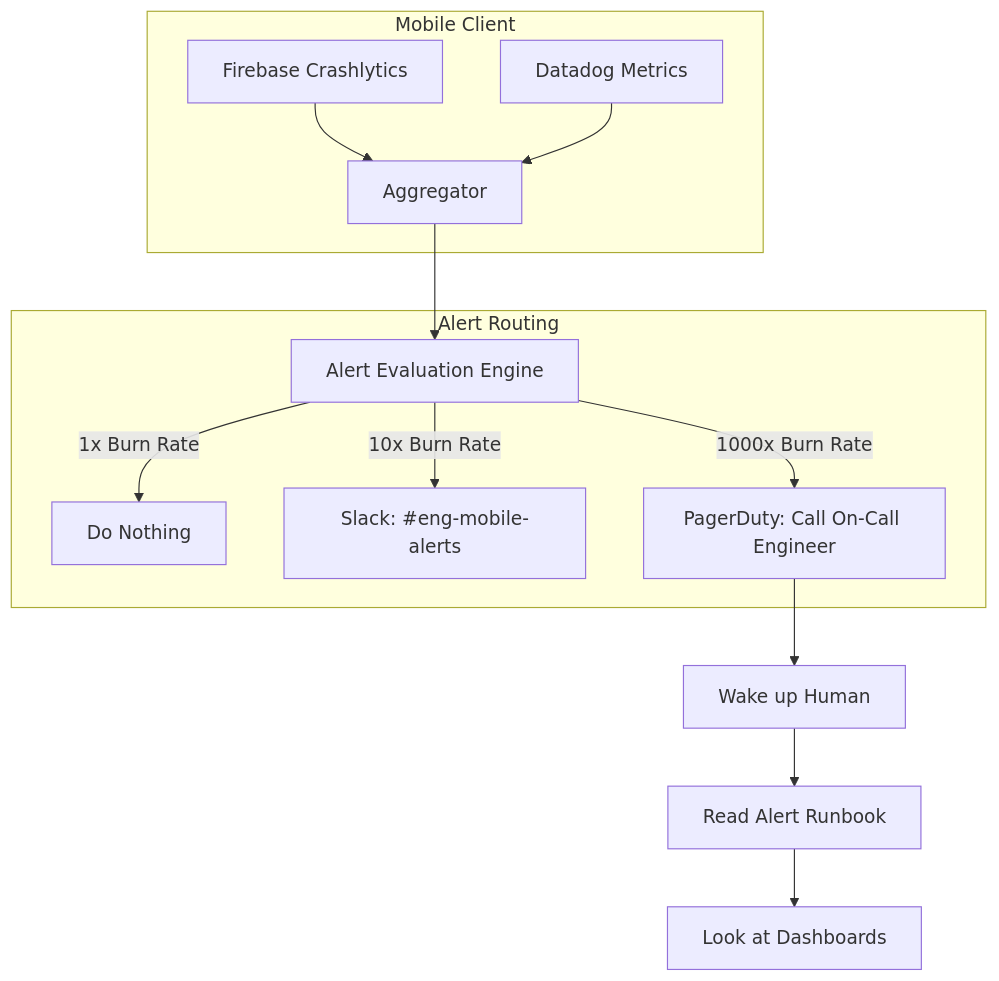
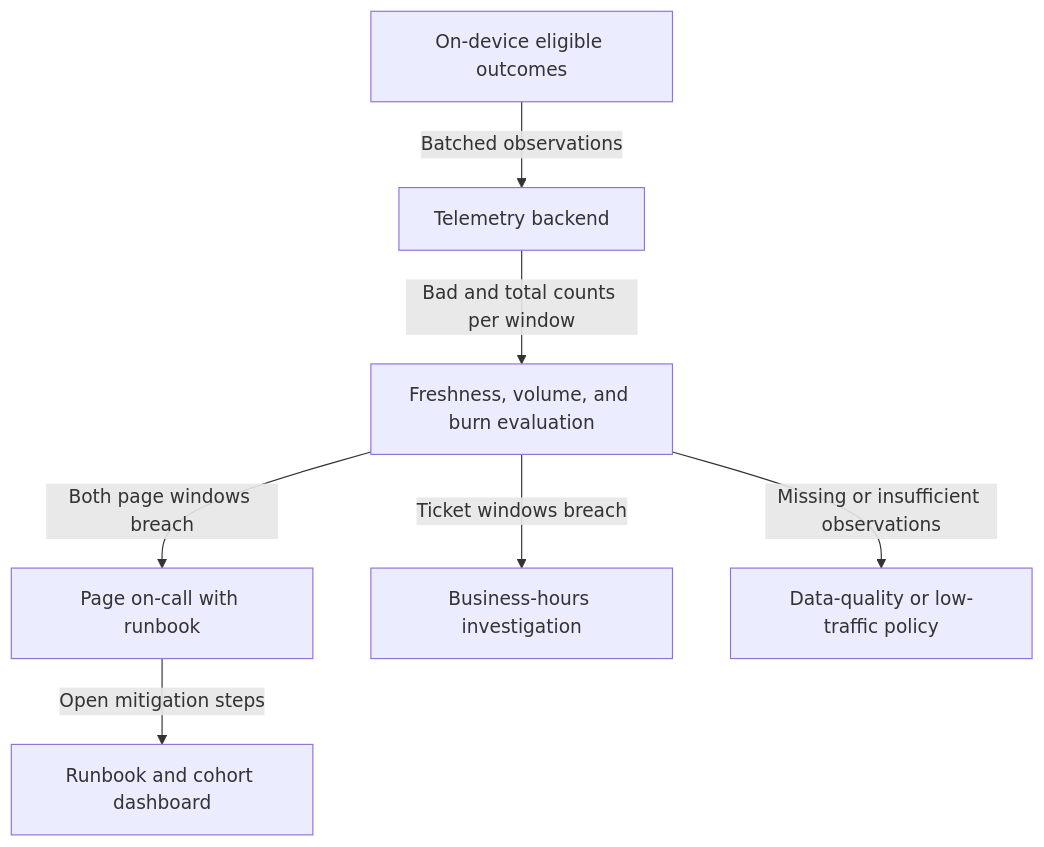
Before and after one commit to swarnsingh/android-staff-engineer-playbook-website: the first of 2 diagrams in observability/alerting.md, drawn with Mermaid. The commit also changed other lines of this file and 21 other files, not shown here.

````diff
--- a/observability/alerting.md
+++ b/observability/alerting.md
@@ -56,19 +57,9 @@
 ```mermaid
-graph TD
-    subgraph "Mobile Client"
-        Logs[Firebase Crashlytics] --> Aggregator
-        Metrics[Datadog Metrics] --> Aggregator
-    end
-    
-    Aggregator --> Engine[Alert Evaluation Engine]
-    
-    subgraph "Alert Routing"
-        Engine -->|1x Burn Rate| Null[Do Nothing]
-        Engine -->|10x Burn Rate| Slack[Slack: #eng-mobile-alerts]
-        Engine -->|1000x Burn Rate| PD[PagerDuty: Call On-Call Engineer]
-    end
-    
-    PD --> Human[Wake up Human]
-    Human --> Runbook[Read Alert Runbook]
-    Runbook --> Dashboard[Look at Dashboards]
+flowchart TD
+    Client[On-device eligible outcomes] -->|Batched observations| Backend[Telemetry backend]
+    Backend -->|Bad and total counts per window| Engine[Freshness, volume, and burn evaluation]
+    Engine -->|Both page windows breach| Page[Page on-call with runbook]
+    Engine -->|Ticket windows breach| Ticket[Business-hours investigation]
+    Engine -->|Missing or insufficient observations| Data[Data-quality or low-traffic policy]
+    Page -->|Open mitigation steps| Runbook[Runbook and cohort dashboard]
 ```
````
